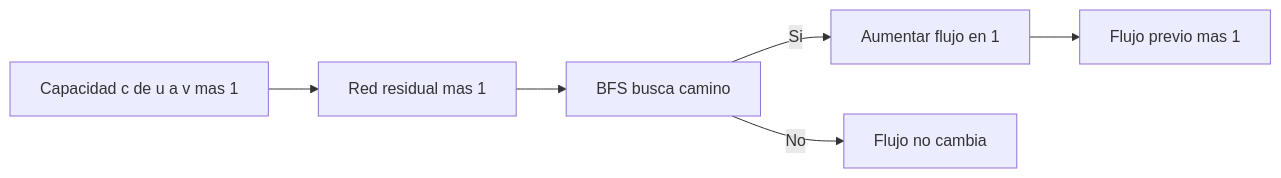
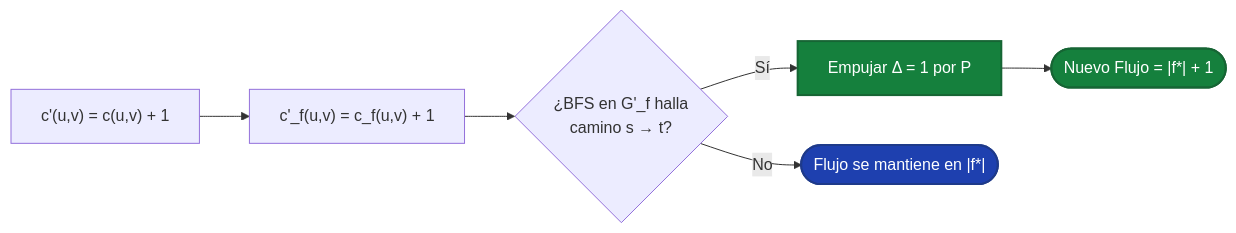
Diagram 29 of 42 in guia_tda_parciales.md (nbrian96/tda-2C2026-material), drawn with Mermaid before and after one commit. The commit also changed other lines of this file and 23 other files, not shown here.

Commit message:
feat(auditoria): mejoras integrales de UX/UI, textos, formulas KaTeX y diagramas Mermaid

````diff
--- a/guia_tda_parciales.md
+++ b/guia_tda_parciales.md
@@ -3621,8 +3759,10 @@
 ```mermaid
 flowchart LR
-    A["Capacidad c de u a v mas 1"] --> B["Red residual mas 1"]
-    B --> C["BFS busca camino"]
-    C -->|Si| D["Aumentar flujo en 1"]
-    D --> E["Flujo previo mas 1"]
-    C -->|No| F["Flujo no cambia"]
+    A["c'(u,v) = c(u,v) + 1"] --> B["c'_f(u,v) = c_f(u,v) + 1"]
+    B --> C{"¿BFS en G'_f halla<br/>camino s → t?"}
+    C -->|Sí| D["Empujar Δ = 1 por P"]:::opt
+    D --> E(["Nuevo Flujo = |f*| + 1"]):::opt
+    C -->|No| F(["Flujo se mantiene en |f*|"]):::same
+    classDef opt fill:#15803d,stroke:#166534,stroke-width:2px,color:#fff
+    classDef same fill:#1e40af,stroke:#1e3a8a,stroke-width:2px,color:#fff
 ```
````
